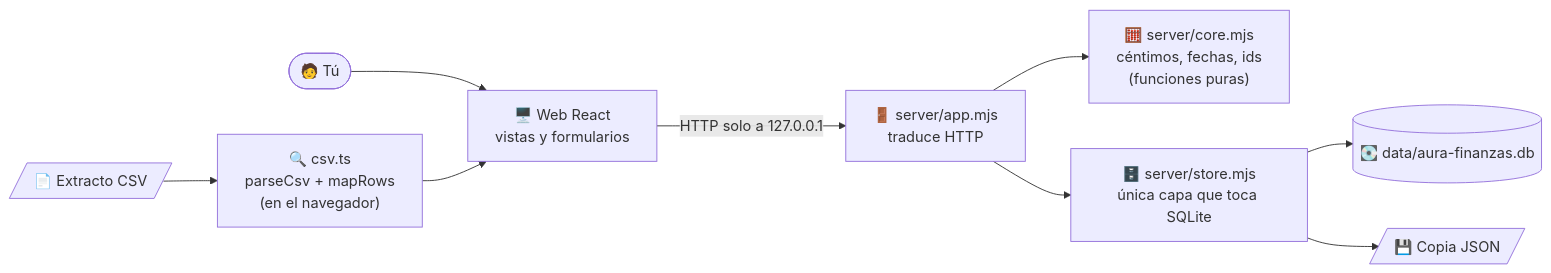
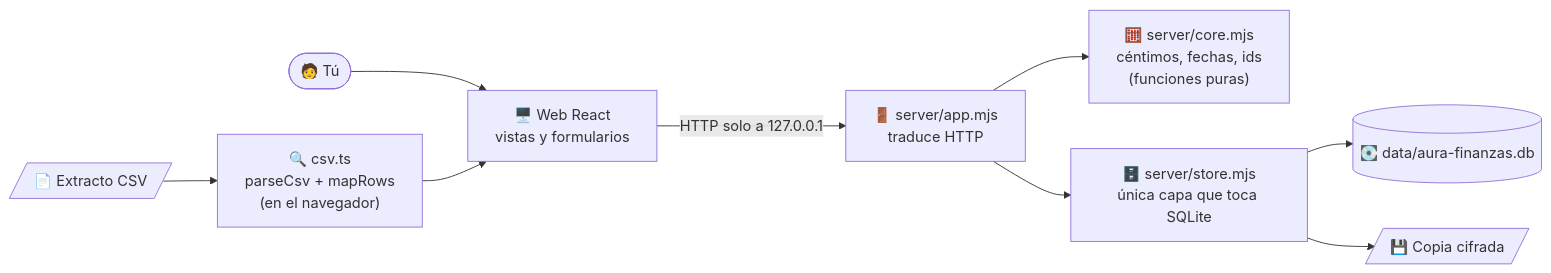
One commit to dajarony/finanzas changed the first of 4 diagrams in README.md. Above: the diagram before and after it, drawn with Mermaid. The commit also changed other lines of this file and 29 other files, not shown here.

````diff
--- a/README.md
+++ b/README.md
@@ -50,11 +49,11 @@
 ```mermaid
 flowchart LR
     U(["🧑 Tú"]) --> W["🖥️ Web React<br/>vistas y formularios"]
     F[/"📄 Extracto CSV"/] --> P["🔍 csv.ts<br/>parseCsv + mapRows<br/>(en el navegador)"]
     P --> W
     W -->|"HTTP solo a 127.0.0.1"| A["🚪 server/app.mjs<br/>traduce HTTP"]
     A --> C["🧮 server/core.mjs<br/>céntimos, fechas, ids<br/>(funciones puras)"]
     A --> S["🗄️ server/store.mjs<br/>única capa que toca SQLite"]
     S --> D[("💽 data/aura-finanzas.db")]
-    S --> E[/"💾 Copia JSON"/]
+    S --> E[/"💾 Copia cifrada"/]
 ```
````
